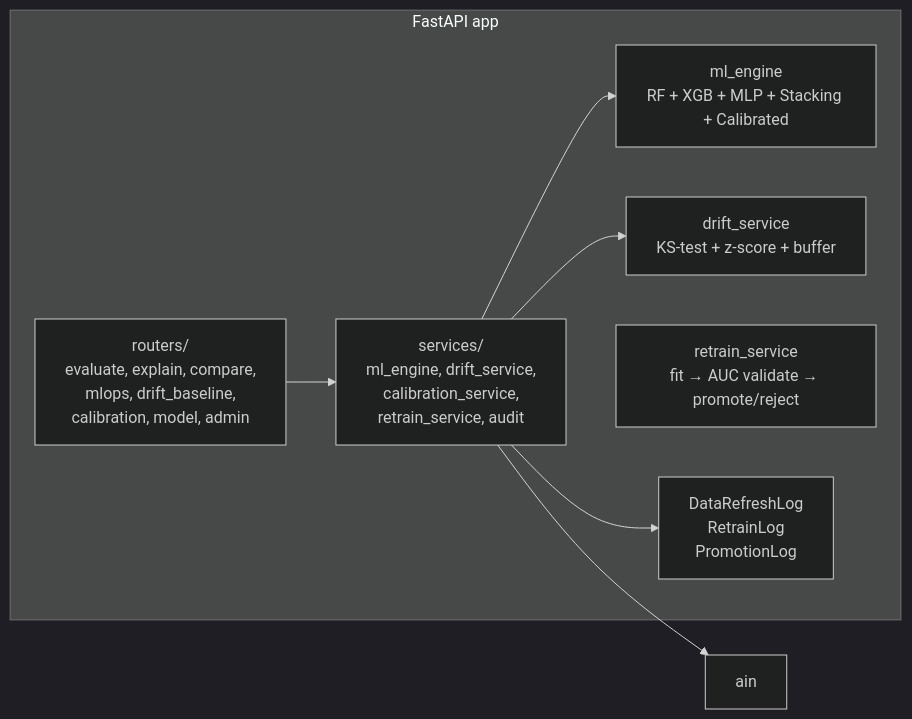
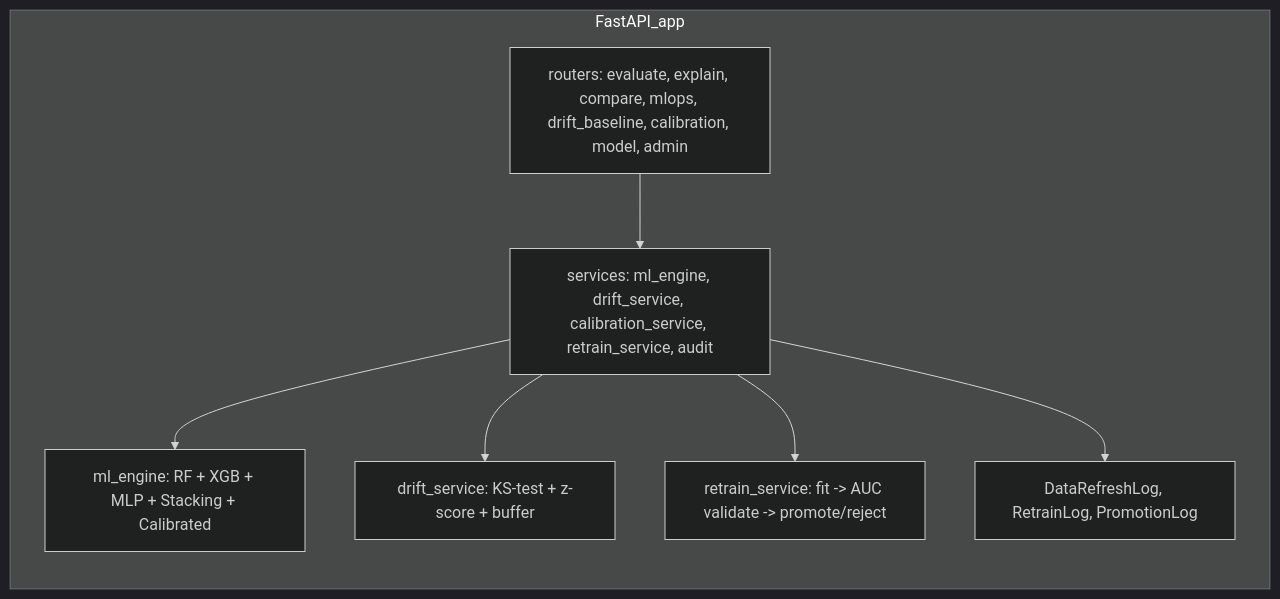
One commit to Evgeniy2001Poluhin/-SORA.Earth changed the diagram in docs/diagrams/03-component.mmd. Above: the diagram before and after it, drawn with Mermaid (dark theme). The commit also changed 4 other files, not shown here.

Commit message:
docs: visual documontainer, Component, Data flow, Deployment - docs/screenshots/README.md: 9 thesis artifacts with captions + chapter mapping - docs/THESIS_NOTES.md: bumped 7 -> 9 screenshots - README.md: + Architecture diagrams + Screenshots sections

```diff
--- a/docs/diagrams/03-component.mmd
+++ b/docs/diagrams/03-component.mmd
@@ -1,15 +1,15 @@
 graph LR
-  subgraph "FastAPI app"
-    routers["routers/<br/>evaluate, explain, compare,<br/>mlops, drift_baseline,<br/>calibration, model, admin"]
-    services["services/<br/>ml_engine, drift_service,<br/>calibration_service,<br/>retrain_service, audit"]
-    ml["ml_engine<br/>RF + XGB + MLP + Stacking + Calibrated"]
-    drift["drift_service<br/>KS-test + z-score + buffer"]
-    retrain["retrain_service<br/>fit → AUC validate → promote/reject"]
-    log["DataRefreshLog<br/>RetrainLog<br/>PromotionLog"]
+  subgraph FastAPI_app
+    routers["routers: evaluate, explain, compare, mlops, drift_baseline, calibration, model, admin"]
+    services["services: ml_engine, drift_service, calibration_service, retrain_service, audit"]
+    ml["ml_engine: RF + XGB + MLP + Stacking + Calibrated"]
+    drift["drift_service: KS-test + z-score + buffer"]
+    retrain["retrain_service: fit -> AUC validate -> promote/reject"]
+    log["DataRefreshLog, RetrainLog, PromotionLog"]
   end
 
   routers --> services
   services --> ml
   services --> drift
-  services --> ain
+  services --> retrain
   services --> log
```
